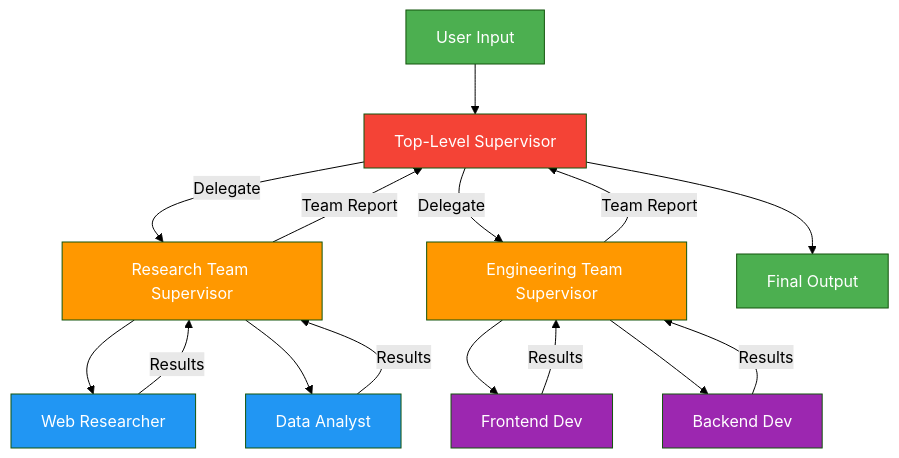
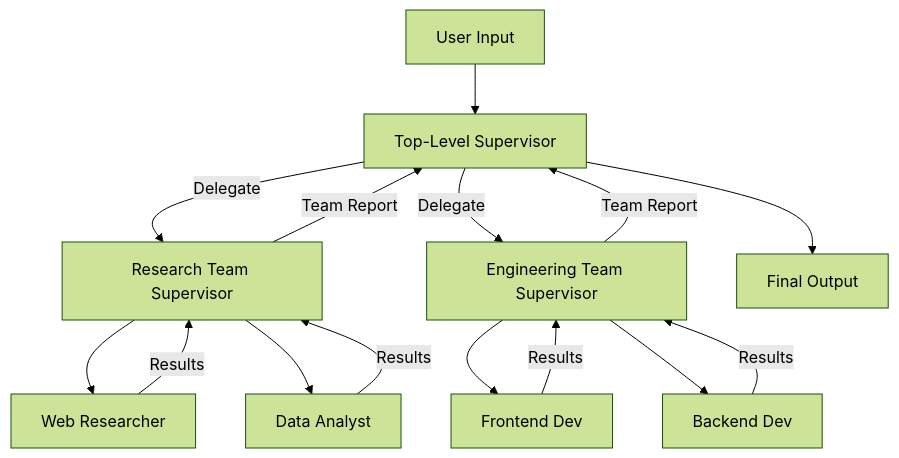
The tenth of 11 diagrams in README.md (saisrinivas-samoju/agentic_architectures), drawn with Mermaid (forest theme) before and after one commit. The commit also changed other lines of this file and 20 other files, not shown here.

````diff
--- a/README.md
+++ b/README.md
@@ -439,31 +439,21 @@
 ```mermaid
 flowchart TD
     A[User Input] --> B[Top-Level Supervisor]
     B -->|Delegate| C[Research Team Supervisor]
     B -->|Delegate| D[Engineering Team Supervisor]
 
     C --> E[Web Researcher]
     C --> F[Data Analyst]
 
     D --> G[Frontend Dev]
     D --> H[Backend Dev]
 
     E -->|Results| C
     F -->|Results| C
     G -->|Results| D
     H -->|Results| D
 
     C -->|Team Report| B
     D -->|Team Report| B
     B --> I[Final Output]
-
-    style A fill:#4CAF50,color:#fff
-    style B fill:#F44336,color:#fff
-    style C fill:#FF9800,color:#fff
-    style D fill:#FF9800,color:#fff
-    style E fill:#2196F3,color:#fff
-    style F fill:#2196F3,color:#fff
-    style G fill:#9C27B0,color:#fff
-    style H fill:#9C27B0,color:#fff
-    style I fill:#4CAF50,color:#fff
 ```
````
